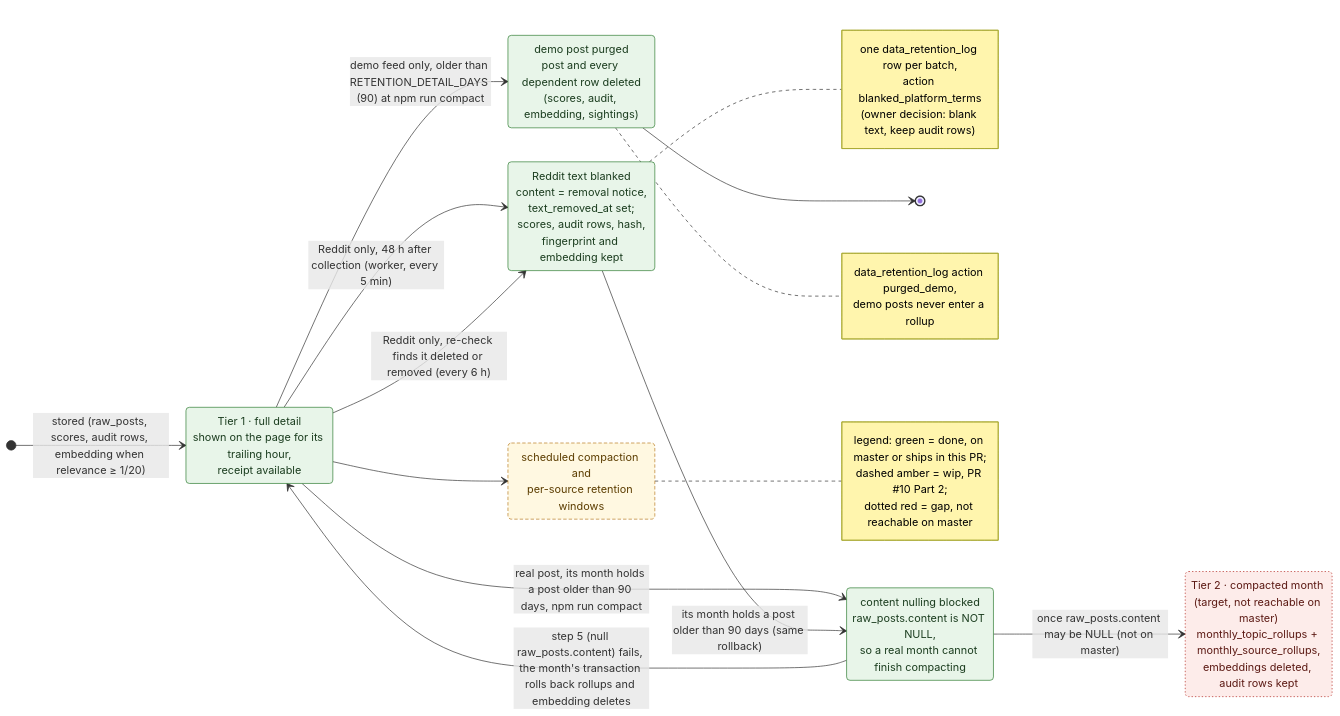
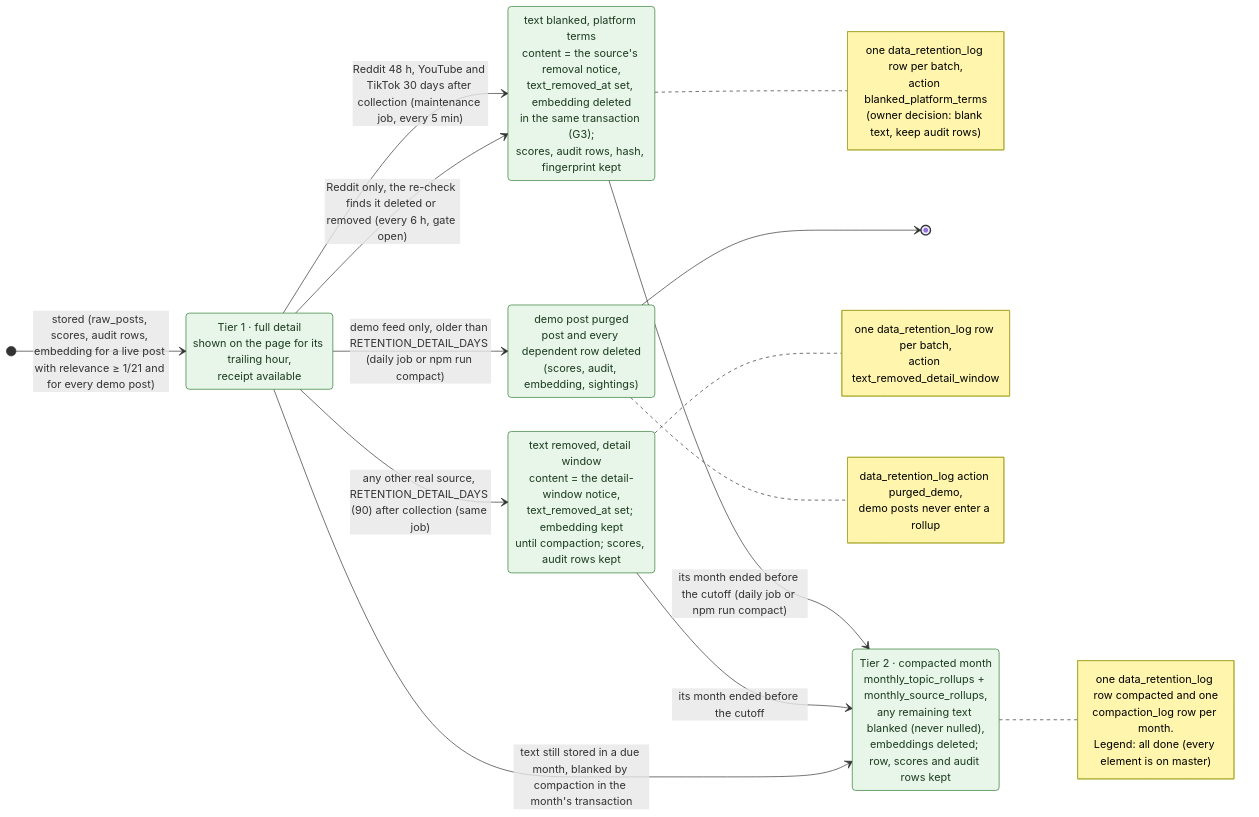
One commit to jennifer-mckinney/pulse-of-ai changed the diagram in docs/diagrams/states/retention-lifecycle.mmd. Above: the diagram before and after it, drawn with Mermaid. The commit also changed 26 other files, not shown here.

First line of the commit message:
Redraw the flow and state diagrams against master after PR #22

```diff
--- a/docs/diagrams/states/retention-lifecycle.mmd
+++ b/docs/diagrams/states/retention-lifecycle.mmd
@@ -1,47 +1,44 @@
 %% Title: State · retention lifecycle of a stored post
-%% Summary: What becomes of a post over time: live Reddit text blanked at 48 hours or on upstream deletion, demo posts purged at the retention boundary, and real posts meant to be compacted into monthly rollups, which on master rolls back at the content-nulling step, with what is kept at each step.
-%% Sources: src/collectors/retention.js, src/collectors/reddit/{maintenance,recheck}.js, scripts/compact.js (purgeDemoPosts, compactMonth), src/db/migrations/001 (content NOT NULL), 005, 025. Spec: TECHNICAL_SPEC.md section 19 (three-tier model); ADR 0001 ruling 9.
+%% Summary: What becomes of a post over time: its text blanked when its source's window ends (platform terms or the detail window) or when Reddit reports it deleted, demo posts purged at the retention boundary, and real posts compacted into monthly rollups, with what is kept at each step.
+%% Sources: src/collectors/retention.js, src/config/source-registry.js (retentionHours), src/workers/maintenance.worker.js, src/collectors/reddit/{maintenance,recheck}.js, scripts/compact.js (purgeDemoPosts, compactMonth), scripts/populate.js (demo embed jobs), src/collectors/runner.js and src/workers/ingest.worker.js (embed gate), src/pipeline/relevance.js (EMBED_GATE_MIN_SCORE); migrations 001 (content NOT NULL), 005, 025, 031. Spec: TECHNICAL_SPEC.md section 19 (three-tier model); ADR 0001 ruling 9; PR #22 decisions G3, G4.
 stateDiagram-v2
   direction LR
 
-  [*] --> detail : stored (raw_posts, scores, audit rows, embedding when relevance ≥ 1/20)
+  [*] --> detail : stored (raw_posts, scores, audit rows, embedding for a live post with relevance ≥ 1/21 and for every demo post)
 
   state "Tier 1 · full detail<br/>shown on the page for its trailing hour,<br/>receipt available" as detail
-  state "Reddit text blanked<br/>content = removal notice,<br/>text_removed_at set;<br/>scores, audit rows, hash,<br/>fingerprint and embedding kept" as blanked
+  state "text blanked, platform terms<br/>content = the source's removal notice,<br/>text_removed_at set, embedding deleted<br/>in the same transaction (G3);<br/>scores, audit rows, hash, fingerprint kept" as blanked
+  state "text removed, detail window<br/>content = the detail-window notice,<br/>text_removed_at set; embedding kept<br/>until compaction; scores, audit rows kept" as removed
   state "demo post purged<br/>post and every dependent row deleted<br/>(scores, audit, embedding, sightings)" as purged
-  state "Tier 2 · compacted month (target, not reachable on master)<br/>monthly_topic_rollups + monthly_source_rollups,<br/>embeddings deleted, audit rows kept" as compacted
-  state "content nulling blocked<br/>raw_posts.content is NOT NULL,<br/>so a real month cannot finish compacting" as blocked_null
-  state "scheduled compaction and<br/>per-source retention windows" as wip_sched
+  state "Tier 2 · compacted month<br/>monthly_topic_rollups + monthly_source_rollups,<br/>any remaining text blanked (never nulled),<br/>embeddings deleted; row, scores and audit rows kept" as compacted
 
-  detail --> blanked : Reddit only, 48 h after collection (worker, every 5 min)
-  detail --> blanked : Reddit only, re-check finds it deleted or removed (every 6 h)
-  detail --> purged : demo feed only, older than RETENTION_DETAIL_DAYS (90) at npm run compact
-  detail --> blocked_null : real post, its month holds a post older than 90 days, npm run compact
-  blocked_null --> detail : step 5 (null raw_posts.content) fails, the month's transaction rolls back rollups and embedding deletes
-  blanked --> blocked_null : its month holds a post older than 90 days (same rollback)
-  blocked_null --> compacted : once raw_posts.content may be NULL (not on master)
-  detail --> wip_sched
+  detail --> blanked : Reddit 48 h, YouTube and TikTok 30 days after collection (maintenance job, every 5 min)
+  detail --> blanked : Reddit only, the re-check finds it deleted or removed (every 6 h, gate open)
+  detail --> removed : any other real source, RETENTION_DETAIL_DAYS (90) after collection (same job)
+  detail --> purged : demo feed only, older than RETENTION_DETAIL_DAYS (daily job or npm run compact)
+  blanked --> compacted : its month ended before the cutoff (daily job or npm run compact)
+  removed --> compacted : its month ended before the cutoff
+  detail --> compacted : text still stored in a due month, blanked by compaction in the month's transaction
   purged --> [*]
 
   note right of blanked
     one data_retention_log row per batch,
     action blanked_platform_terms
     (owner decision: blank text, keep audit rows)
   end note
+  note right of removed
+    one data_retention_log row per batch,
+    action text_removed_detail_window
+  end note
   note right of purged
     data_retention_log action purged_demo,
     demo posts never enter a rollup
   end note
-
-  note right of wip_sched
-    legend: green = done, on master or ships in this PR;
-    dashed amber = wip, PR #10 Part 2;
-    dotted red = gap, not reachable on master
+  note right of compacted
+    one data_retention_log row compacted and one
+    compaction_log row per month.
+    Legend: all done (every element is on master)
   end note
 
   classDef done fill:#e8f5e9,stroke:#2e7d32,color:#1b3d1f
-  classDef wip fill:#fff8e1,stroke:#b7791f,color:#5c3d00,stroke-dasharray:5 3
-  class detail, blanked, purged, blocked_null done
-  classDef gap fill:#fdecea,stroke:#b3261e,color:#5c1a14,stroke-dasharray:2 3
-  class compacted gap
-  class wip_sched wip
+  class detail, blanked, removed, purged, compacted done
```
